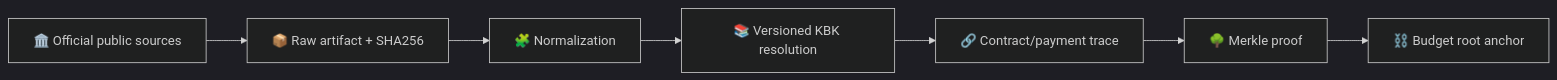
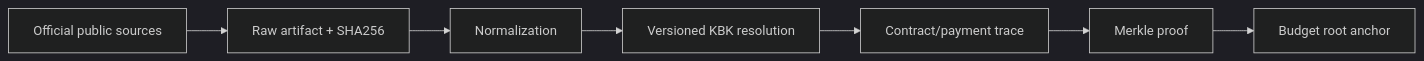
One commit to Shtenco/synergy_blochain_budget changed the second of 2 diagrams in README.md. Above: the diagram before and after it, drawn with Mermaid (dark theme). The commit also changed other lines of this file, not shown here.

````diff
--- a/README.md
+++ b/README.md
@@ -265,9 +265,9 @@
 ```mermaid
 flowchart LR
-    OFF[🏛️ Official public sources] --> RAW[📦 Raw artifact + SHA256]
-    RAW --> NORM[🧩 Normalization]
-    NORM --> KBK[📚 Versioned KBK resolution]
-    KBK --> TRACE[🔗 Contract/payment trace]
-    TRACE --> MERKLE[🌳 Merkle proof]
-    MERKLE --> EVM[⛓️ Budget root anchor]
+    OFF[ Official public sources] --> RAW[ Raw artifact + SHA256]
+    RAW --> NORM[ Normalization]
+    NORM --> KBK[ Versioned KBK resolution]
+    KBK --> TRACE[ Contract/payment trace]
+    TRACE --> MERKLE[ Merkle proof]
+    MERKLE --> EVM[ Budget root anchor]
 ```
````
